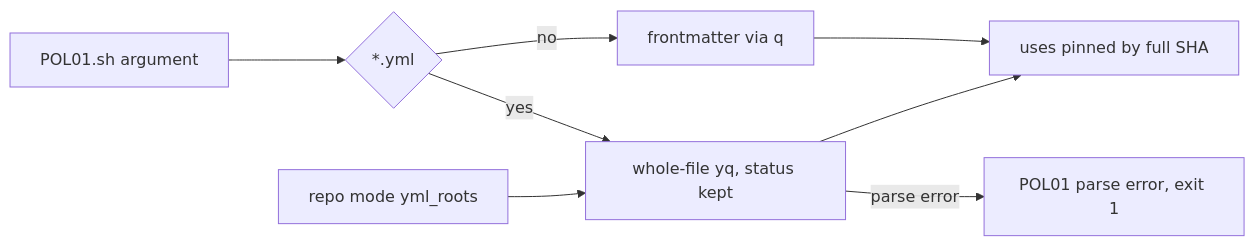
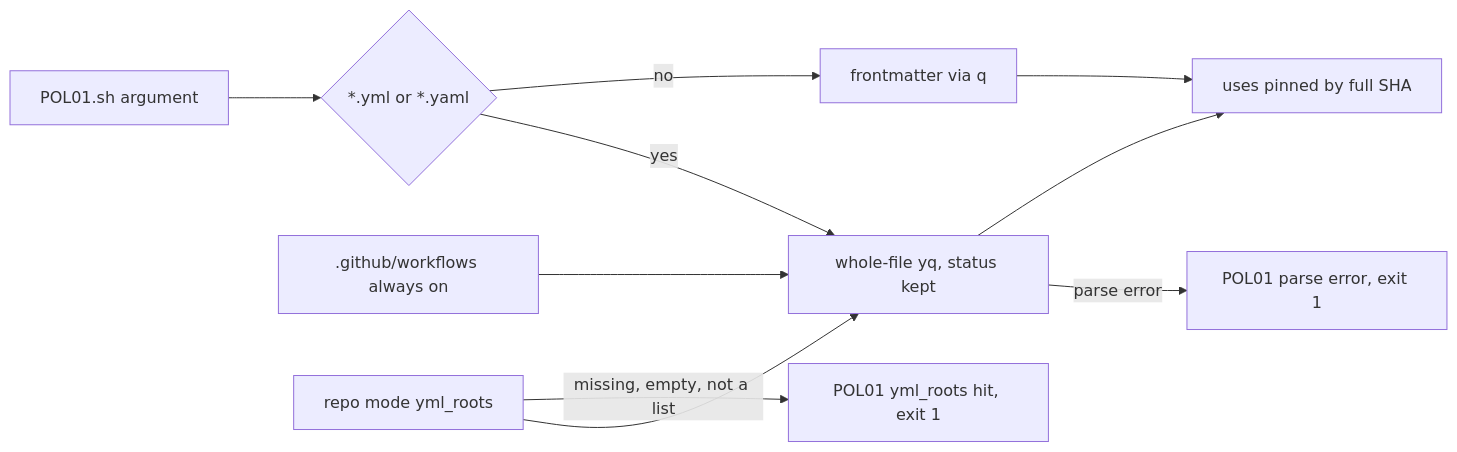
One commit to svennijhuis/agentic-workflows changed the second of 2 diagrams in docs/pbi/done/VF02a-pol01-extension.md. Above: the diagram before and after it, drawn with Mermaid. The commit also changed other lines of this file and 5 other files, not shown here.

Commit message:
VF02a: POL01 always-on workflows root, yml_roots fail closed, .yaml, roots test (Reviewer 6420580436, Tester FAIL)

````diff
--- a/docs/pbi/done/VF02a-pol01-extension.md
+++ b/docs/pbi/done/VF02a-pol01-extension.md
@@ -73,10 +77,12 @@
 ```mermaid
 flowchart LR
-  A[POL01.sh argument] --> B{*.yml}
+  A[POL01.sh argument] --> B{*.yml or *.yaml}
   B -->|yes| C[whole-file yq, status kept]
   B -->|no| D[frontmatter via q]
   C -->|parse error| E[POL01 parse error, exit 1]
   C --> F[uses pinned by full SHA]
   D --> F
+  W[.github/workflows always on] --> C
   R[repo mode yml_roots] --> C
+  R -->|missing, empty, not a list| E2[POL01 yml_roots hit, exit 1]
 ```
````
